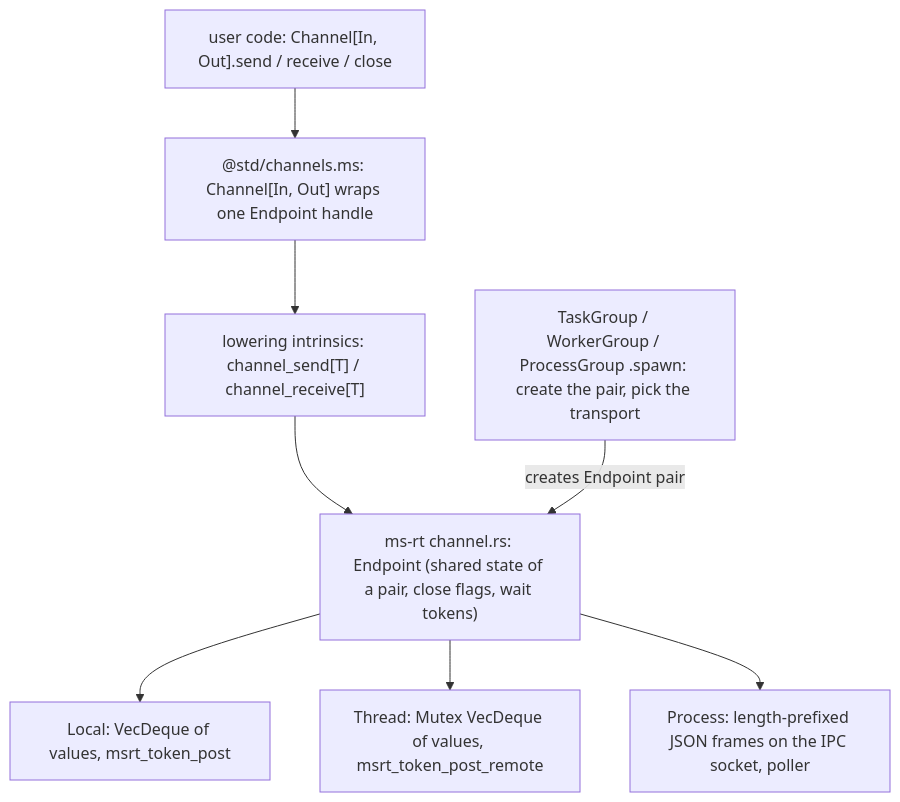
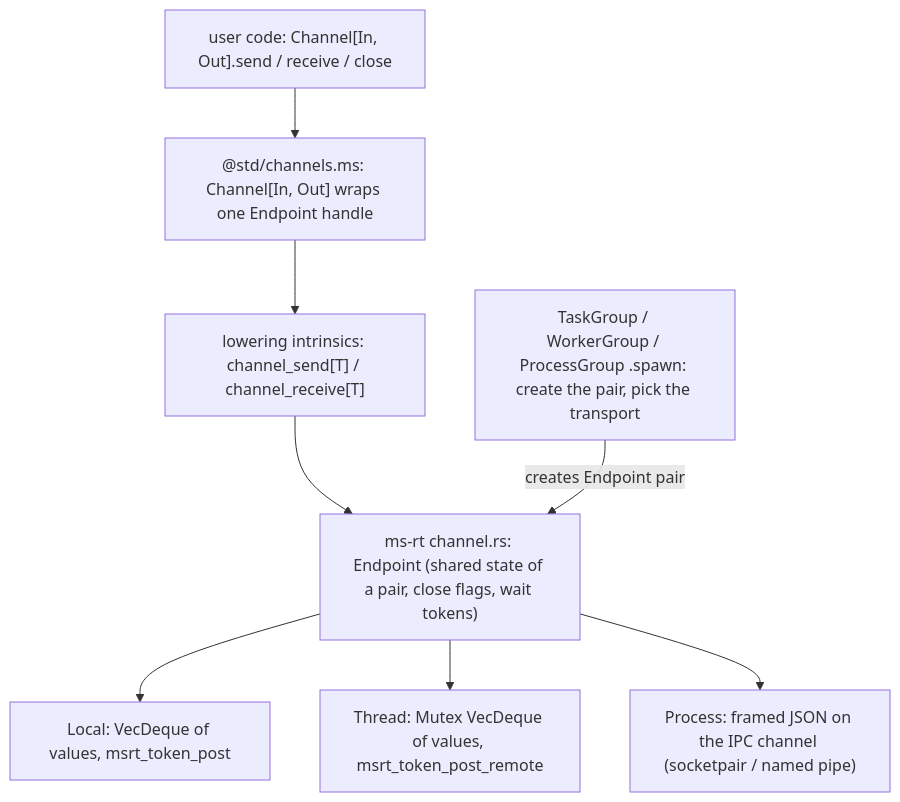
One commit to manuscript-lang/manuscript changed the diagram in proposals/channels.md. Above: the diagram before and after it, drawn with Mermaid. The commit also changed other lines of this file, not shown here.

First line of the commit message:
Channels proposal: align process transport with child-processes design

````diff
--- a/proposals/channels.md
+++ b/proposals/channels.md
@@ -72,16 +72,16 @@
 ```mermaid
 flowchart TB
   U["user code: Channel[In, Out].send / receive / close"]
   W["@std/channels.ms: Channel[In, Out] wraps one Endpoint handle"]
   I["lowering intrinsics: channel_send[T] / channel_receive[T]"]
   E["ms-rt channel.rs: Endpoint (shared state of a pair, close flags, wait tokens)"]
   L["Local: VecDeque of values, msrt_token_post"]
   T["Thread: Mutex VecDeque of values, msrt_token_post_remote"]
-  P["Process: length-prefixed JSON frames on the IPC socket, poller"]
+  P["Process: framed JSON on the IPC channel (socketpair / named pipe)"]
   G["TaskGroup / WorkerGroup / ProcessGroup .spawn: create the pair, pick the transport"]
   U --> W --> I --> E
   E --> L
   E --> T
   E --> P
   G -- "creates Endpoint pair" --> E
 ```
````
